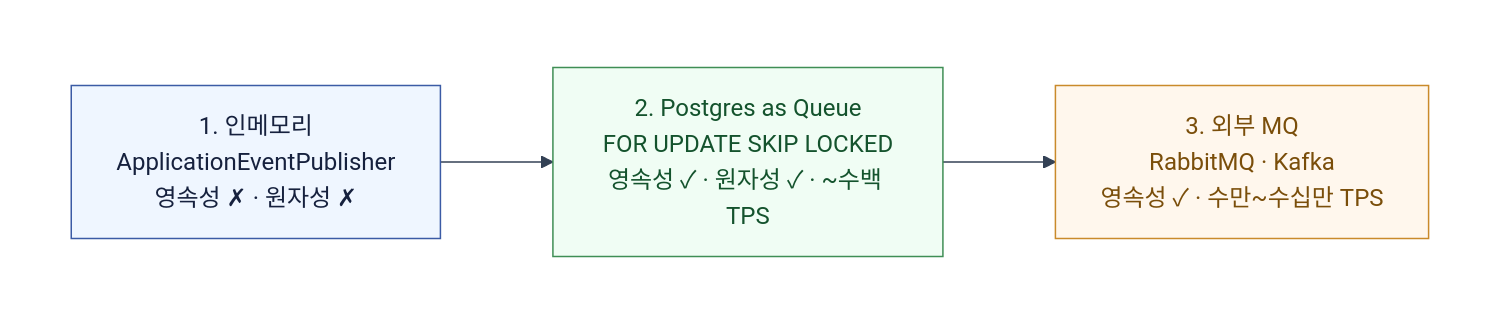
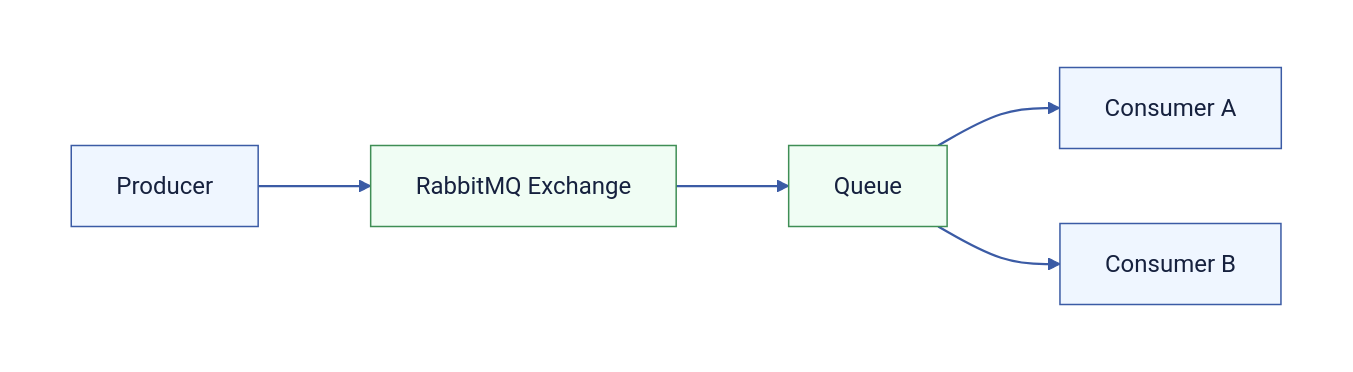
The second of 10 diagrams in computer-science/2607-message-queue.md (Hyune-s-lab/my-ai-study), drawn with Mermaid before and after one commit. The commit also changed other lines of this file and 28 other files, not shown here.

Commit message:
docs: Mermaid 호환성과 문서 가독성 개선

````diff
--- a/computer-science/2607-message-queue.md
+++ b/computer-science/2607-message-queue.md
@@ -123,29 +45,19 @@
 ```mermaid
----
-config:
-  theme: base
-  darkMode: false
-  look: classic
-  themeVariables:
-    background: "#ffffff"
-    primaryColor: "#ffffff"
-    primaryTextColor: "#111827"
-    primaryBorderColor: "#475569"
-    lineColor: "#334155"
-    edgeLabelBackground: "#ffffff"
----
 flowchart LR
+%%{init: {"theme": "base", "darkMode": false, "themeVariables": {"background": "#ffffff", "primaryColor": "#EFF6FF", "primaryTextColor": "#16213E", "primaryBorderColor": "#3B5BA5", "secondaryColor": "#F0FDF4", "tertiaryColor": "#FAF5FF", "lineColor": "#3B5BA5", "textColor": "#16213E", "edgeLabelBackground": "#ffffff", "clusterBkg": "#F8FAFC", "clusterBorder": "#CBD5E1"}}}%%
   subgraph canvas[" "]
     direction LR
-    mem["1. 인메모리\nApplicationEventPublisher\n영속성 ✗ · 원자성 ✗"]:::app
-    pg["2. Postgres as Queue\nFOR UPDATE SKIP LOCKED\n영속성 ✓ · 원자성 ✓ · ~수백 TPS"]:::db
-    mq["3. 외부 MQ\nRabbitMQ · Kafka\n영속성 ✓ · 수만~수십만 TPS"]:::ctrl
-
-    mem --> pg --> mq
+    p["Producer"] --> exchange["RabbitMQ Exchange"]
+    exchange --> q["Queue"]
+    q --> a["Consumer A"]
+    q --> b["Consumer B"]
   end
-
+  style canvas fill:#ffffff,stroke:#ffffff,color:#111827
+  linkStyle default stroke:#3B5BA5,stroke-width:1.5px
   classDef app fill:#EFF6FF,stroke:#3B5BA5,stroke-width:1px,color:#16213E
-  classDef db fill:#F0FDF4,stroke:#3F8E55,stroke-width:1px,color:#14532D
-  classDef ctrl fill:#FFF7ED,stroke:#C98A2B,stroke-width:1px,color:#7A4E0A
-  style canvas fill:#ffffff,stroke:#ffffff,stroke-width:0px,color:#111827
+  class p,a,b app
+  classDef db fill:#F0FDF4,stroke:#3F8E55,stroke-width:1px,color:#16213E
+  class exchange,q db
+  classDef policy fill:#FAF5FF,stroke:#A855F7,stroke-width:1px,color:#16213E
+  classDef worker fill:#FFF7ED,stroke:#C98A2B,stroke-width:1px,color:#16213E
 ```
````
